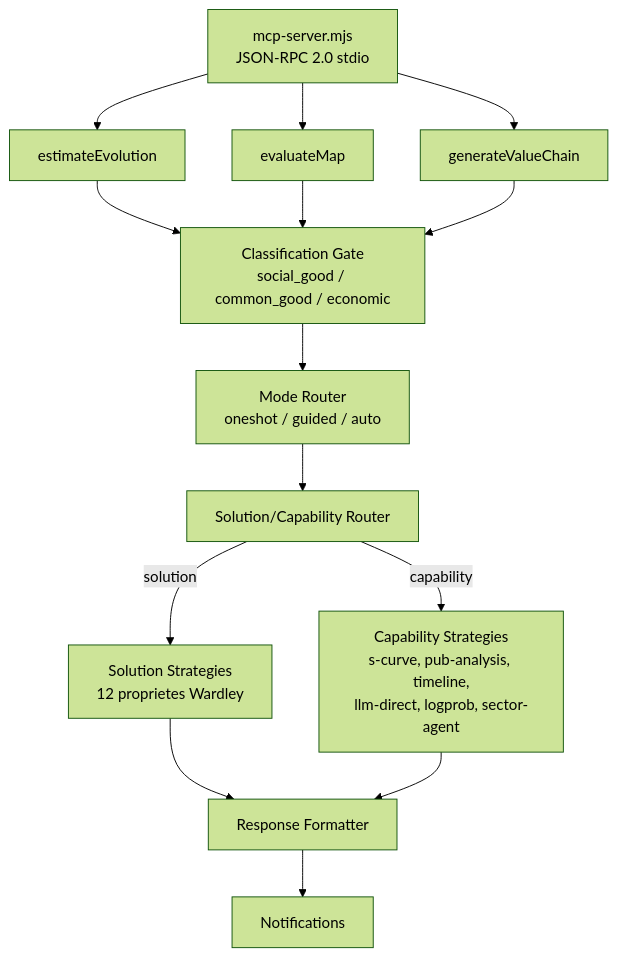
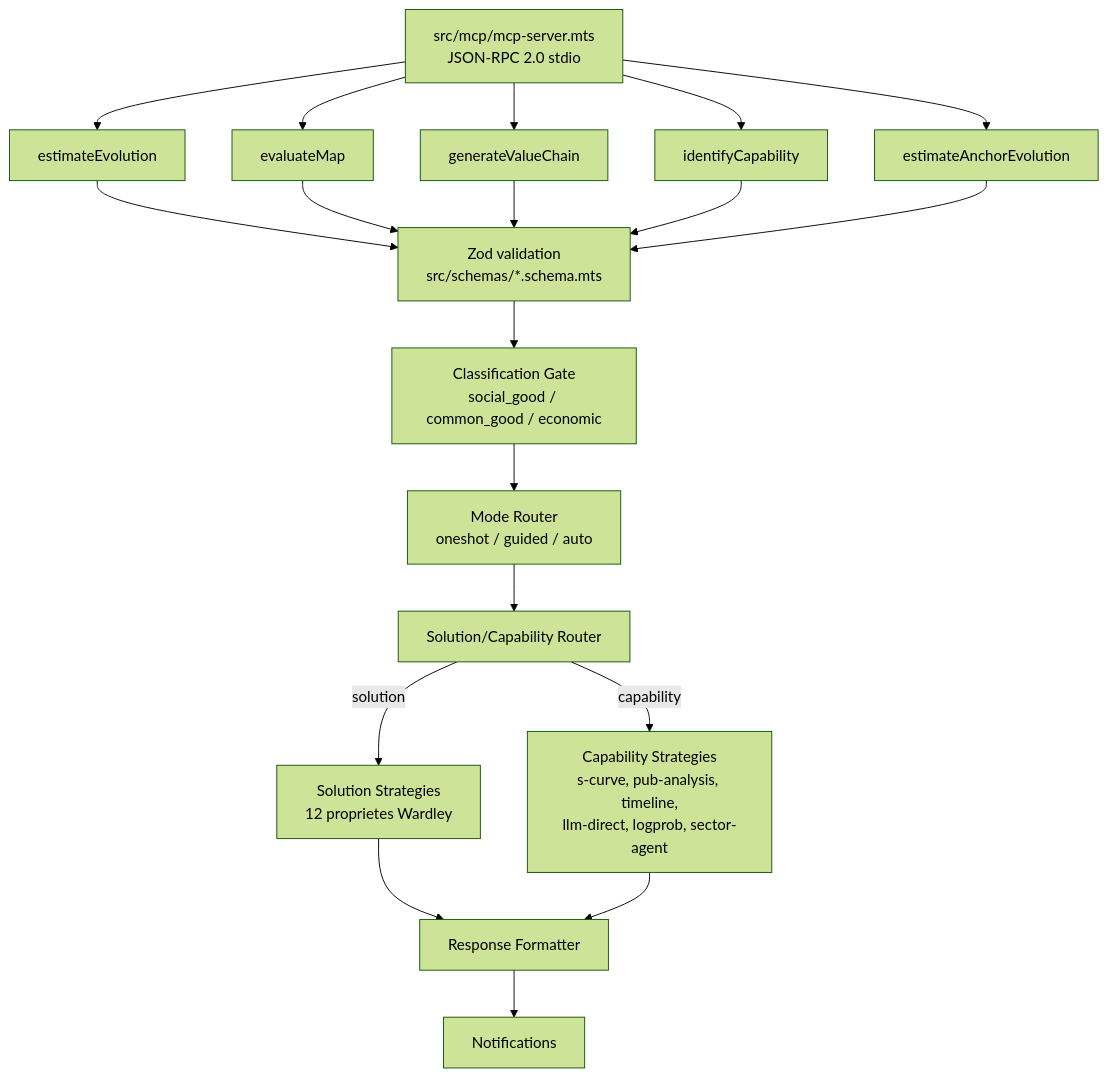
The diagram in docs/README.md (formicoidea/labre-mcp), drawn with Mermaid (forest theme) before and after one commit. The commit also changed other lines of this file and 11 other files, not shown here.

````diff
--- a/docs/README.md
+++ b/docs/README.md
@@ -12,17 +14,20 @@
 ```mermaid
 flowchart TD
-    MCP["mcp-server.mjs\nJSON-RPC 2.0 stdio"]
+    MCP["src/mcp/mcp-server.mts\nJSON-RPC 2.0 stdio"]
     MCP --> EE["estimateEvolution"]
     MCP --> EM["evaluateMap"]
     MCP --> GV["generateValueChain"]
+    MCP --> IC["identifyCapability"]
+    MCP --> AN["estimateAnchorEvolution"]
 
-    EE & EM & GV --> CG["Classification Gate\nsocial_good / common_good / economic"]
+    EE & EM & GV & IC & AN --> Z["Zod validation\nsrc/schemas/*.schema.mts"]
+    Z --> CG["Classification Gate\nsocial_good / common_good / economic"]
     CG --> MR["Mode Router\noneshot / guided / auto"]
     MR --> SCR["Solution/Capability Router"]
 
     SCR -->|"solution"| SS["Solution Strategies\n12 proprietes Wardley"]
     SCR -->|"capability"| CS["Capability Strategies\ns-curve, pub-analysis, timeline,\nllm-direct, logprob, sector-agent"]
 
     SS & CS --> RF["Response Formatter"]
     RF --> N["Notifications"]
 ```
````
